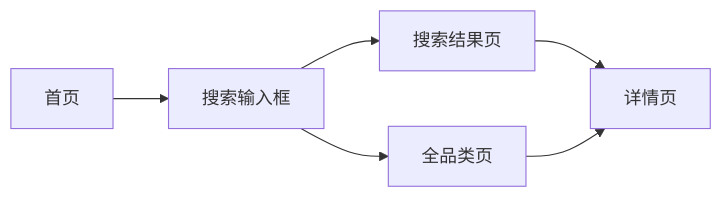
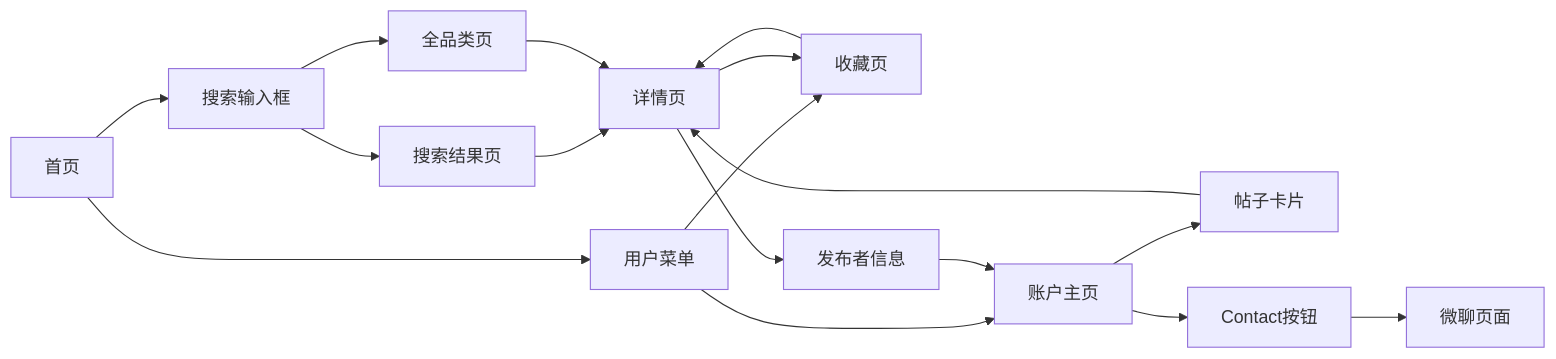
Before and after one commit to jiadan-user/jiacangku: the second of 2 diagrams in bundled/knowledge_base/业务知识图谱/通用业务域/通用业务全景.md, drawn with Mermaid. The commit also changed other lines of this file and 36 other files, not shown here.

````diff
--- a/bundled/knowledge_base/业务知识图谱/通用业务域/通用业务全景.md
+++ b/bundled/knowledge_base/业务知识图谱/通用业务域/通用业务全景.md
@@ -112,8 +196,19 @@
 ```mermaid
 graph LR
     Home[首页] --> SearchInput[搜索输入框]
     SearchInput --> SearchResult[搜索结果页]
     SearchInput --> AllCategory[全品类页]
     SearchResult --> Detail[详情页]
     AllCategory --> Detail
+    Home --> UserMenu[用户菜单]
+    UserMenu --> Favorites[收藏页]
+    UserMenu --> AccountProfile[账户主页]
+    Detail --> PublisherInfo[发布者信息]
+    PublisherInfo --> AccountProfile
+    AccountProfile --> PostCard[帖子卡片]
+    PostCard --> Detail
+    AccountProfile --> ContactButton[Contact按钮]
+    ContactButton --> IMPage[微聊页面]
+    Favorites --> Detail
+    Detail --> Favorites
 ```
````
